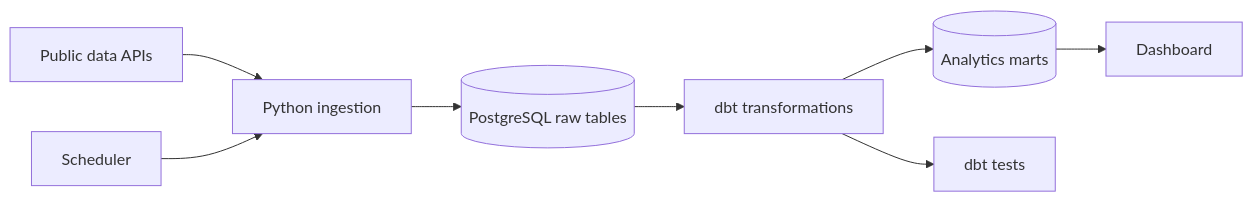
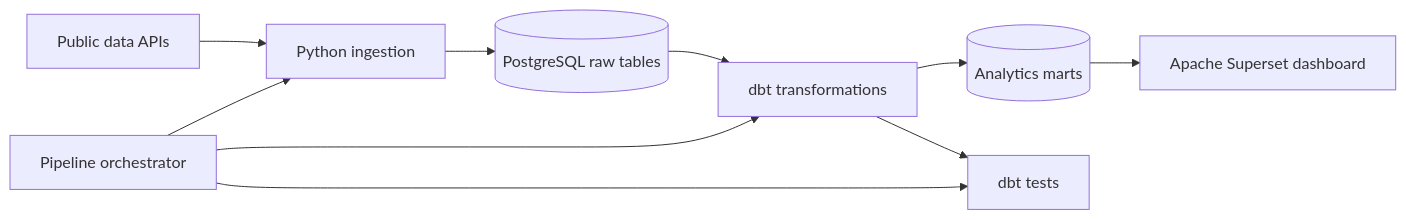
Before and after one commit to MarthaBog/Impact-of-Weather-Conditions-on-Deaths-and-Traffic-Accidents-in-Estonia: the diagram in README.md, drawn with Mermaid. The commit also changed other lines of this file and 7 other files, not shown here.

````diff
--- a/README.md
+++ b/README.md
@@ -23,10 +21,15 @@
 ```mermaid
 flowchart LR
     A[Public data APIs] --> B[Python ingestion]
     B --> C[(PostgreSQL raw tables)]
+
     C --> D[dbt transformations]
     D --> E[(Analytics marts)]
-    E --> F[Dashboard]
+    E --> F[Apache Superset dashboard]
+
     D --> G[dbt tests]
-    H[Scheduler] --> B
+
+    H[Pipeline orchestrator] --> B
+    H --> D
+    H --> G
 ```
````
